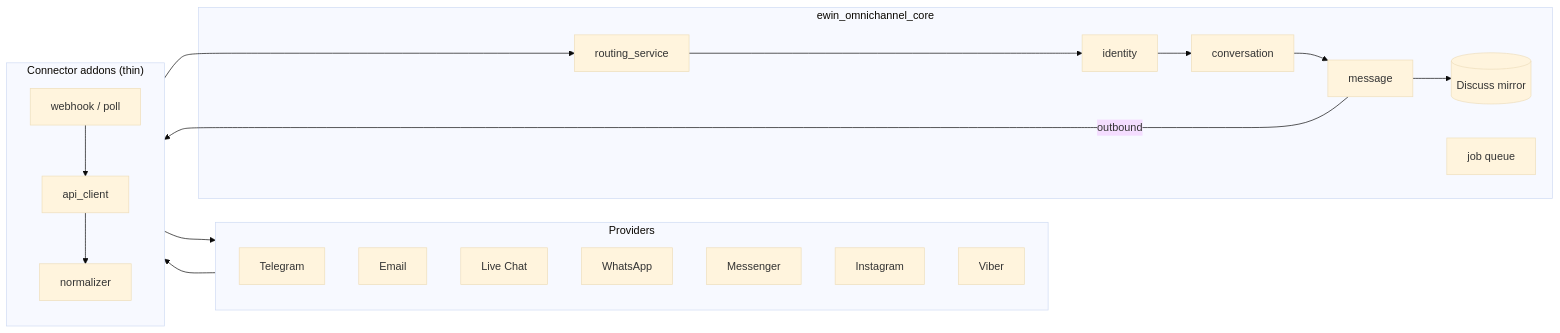
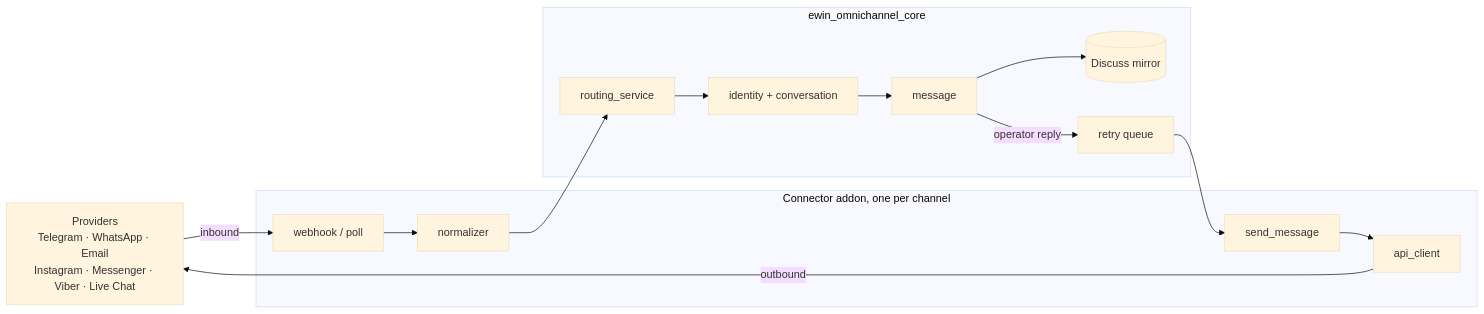
Before and after one commit to ewin-codes/ewin-inbox: the diagram in README.md, drawn with Mermaid (base theme).

Commit message:
Redraw the architecture diagram so it reads at the README's width
The old chart sent both directions through one Providers box, and Mermaid
folded it into a tall, tangled column with seven boxes in the middle. Inbound
and outbound now run as two lanes through the connector.

````diff
--- a/README.md
+++ b/README.md
@@ -139,16 +139,16 @@
 ```mermaid
 flowchart LR
-    subgraph Providers
-      TG[Telegram] & EM[Email] & LC[Live Chat] & WA[WhatsApp] & MS[Messenger] & IG[Instagram] & VB[Viber]
-    end
-    subgraph Connectors["Connector addons (thin)"]
-      C1[webhook / poll] --> C2[api_client] --> C3[normalizer]
+    P["Providers<br/>Telegram · WhatsApp · Email<br/>Instagram · Messenger · Viber · Live Chat"]
+    subgraph Connector["Connector addon, one per channel"]
+      W[webhook / poll] --> N[normalizer]
+      S[send_message] --> A[api_client]
     end
     subgraph Core["ewin_omnichannel_core"]
-      R[routing_service] --> I[identity] --> V[conversation] --> M[message]
-      M --> D[(Discuss mirror)]
-      Q[job queue]
+      R[routing_service] --> V[identity + conversation] --> M[message] --> D[(Discuss mirror)]
+      M -->|operator reply| Q[retry queue]
     end
-    Providers --> Connectors --> R
-    M -->|outbound| Connectors --> Providers
+    P -->|inbound| W
+    N --> R
+    Q --> S
+    A -->|outbound| P
 ```
````
